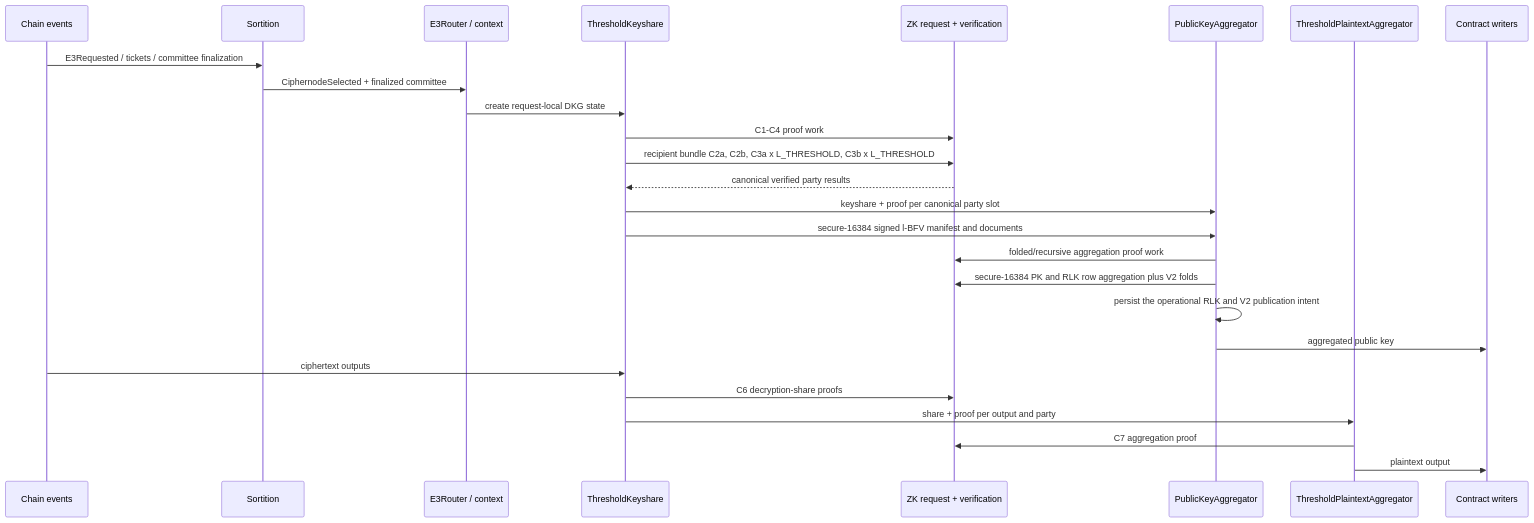
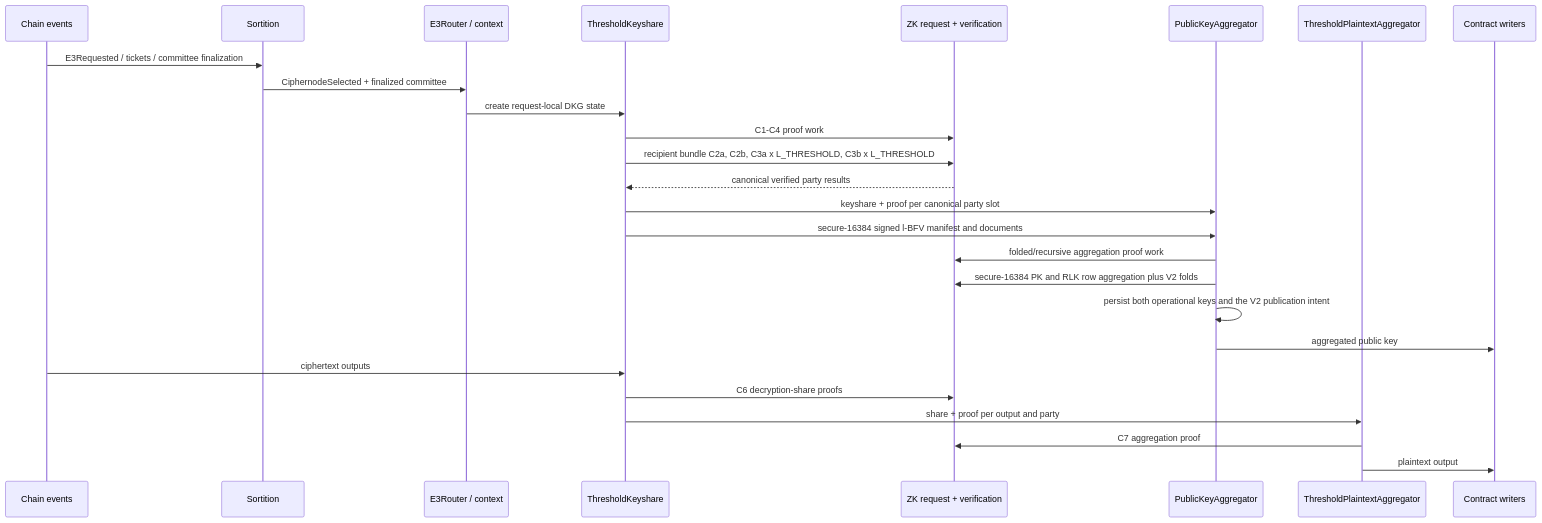
Before and after one commit to theinterfold/interfold: the eighth of 15 diagrams in agent/CRATES_ARCHITECTURE.md, drawn with Mermaid. The commit also changed other lines of this file and 52 other files, not shown here.

Commit message:
feat: bind l-BFV operational keys

````diff
--- a/agent/CRATES_ARCHITECTURE.md
+++ b/agent/CRATES_ARCHITECTURE.md
@@ -607,29 +607,29 @@
 ```mermaid
 sequenceDiagram
     participant Chain as Chain events
     participant S as Sortition
     participant R as E3Router / context
     participant K as ThresholdKeyshare
     participant Z as ZK request + verification
     participant P as PublicKeyAggregator
     participant T as ThresholdPlaintextAggregator
     participant W as Contract writers
 
     Chain->>S: E3Requested / tickets / committee finalization
     S->>R: CiphernodeSelected + finalized committee
     R->>K: create request-local DKG state
     K->>Z: C1-C4 proof work
     K->>Z: recipient bundle C2a, C2b, C3a x L_THRESHOLD, C3b x L_THRESHOLD
     Z-->>K: canonical verified party results
     K->>P: keyshare + proof per canonical party slot
     K->>P: secure-16384 signed l-BFV manifest and documents
     P->>Z: folded/recursive aggregation proof work
     P->>Z: secure-16384 PK and RLK row aggregation plus V2 folds
-    P->>P: persist the operational RLK and V2 publication intent
+    P->>P: persist both operational keys and the V2 publication intent
     P->>W: aggregated public key
     Chain->>K: ciphertext outputs
     K->>Z: C6 decryption-share proofs
     K->>T: share + proof per output and party
     T->>Z: C7 aggregation proof
     T->>W: plaintext output
 ```
````
